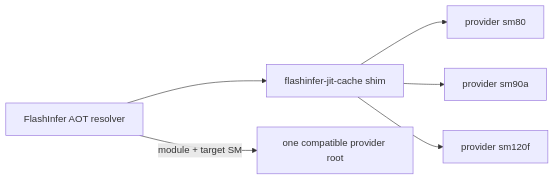
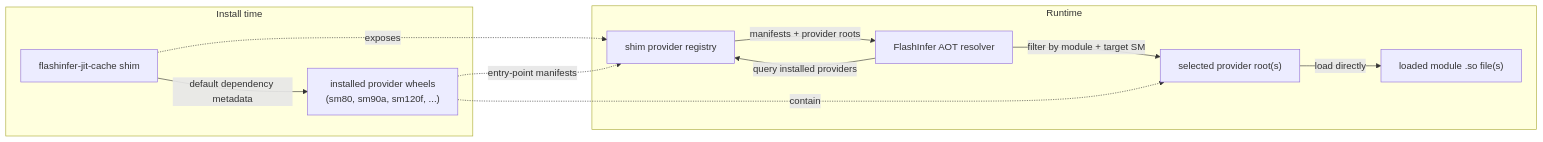
Before and after one commit to flashinfer-ai/flashinfer: the diagram in docs/design_docs/jit_cache_provider_wheels.md, drawn with Mermaid. The commit also changed other lines of this file and 38 other files, not shown here.

First line of the commit message:
ci(jit-cache): enable provider-only wheel releases (#5096)

````diff
--- a/docs/design_docs/jit_cache_provider_wheels.md
+++ b/docs/design_docs/jit_cache_provider_wheels.md
@@ -61,8 +60,24 @@
 ```mermaid
 flowchart LR
-    shim["flashinfer-jit-cache shim"] --> sm80["provider sm80"]
-    shim --> sm90["provider sm90a"]
-    shim --> sm120["provider sm120f"]
-    runtime["FlashInfer AOT resolver"] --> shim
-    runtime -->|"module + target SM"| selected["one compatible provider root"]
+    subgraph install["Install time"]
+        shim["flashinfer-jit-cache shim"]
+        wheels["installed provider wheels<br/>(sm80, sm90a, sm120f, ...)"]
+        shim -->|"default dependency metadata"| wheels
+    end
+
+    subgraph runtime["Runtime"]
+        resolver["FlashInfer AOT resolver"]
+        registry["shim provider registry"]
+        selected["selected provider root(s)"]
+        modules["loaded module .so file(s)"]
+
+        resolver -->|"query installed providers"| registry
+        registry -->|"manifests + provider roots"| resolver
+        resolver -->|"filter by module + target SM"| selected
+        selected -->|"load directly"| modules
+    end
+
+    shim -.->|"exposes"| registry
+    wheels -.->|"entry-point manifests"| registry
+    wheels -.->|"contain"| selected
 ```
````
